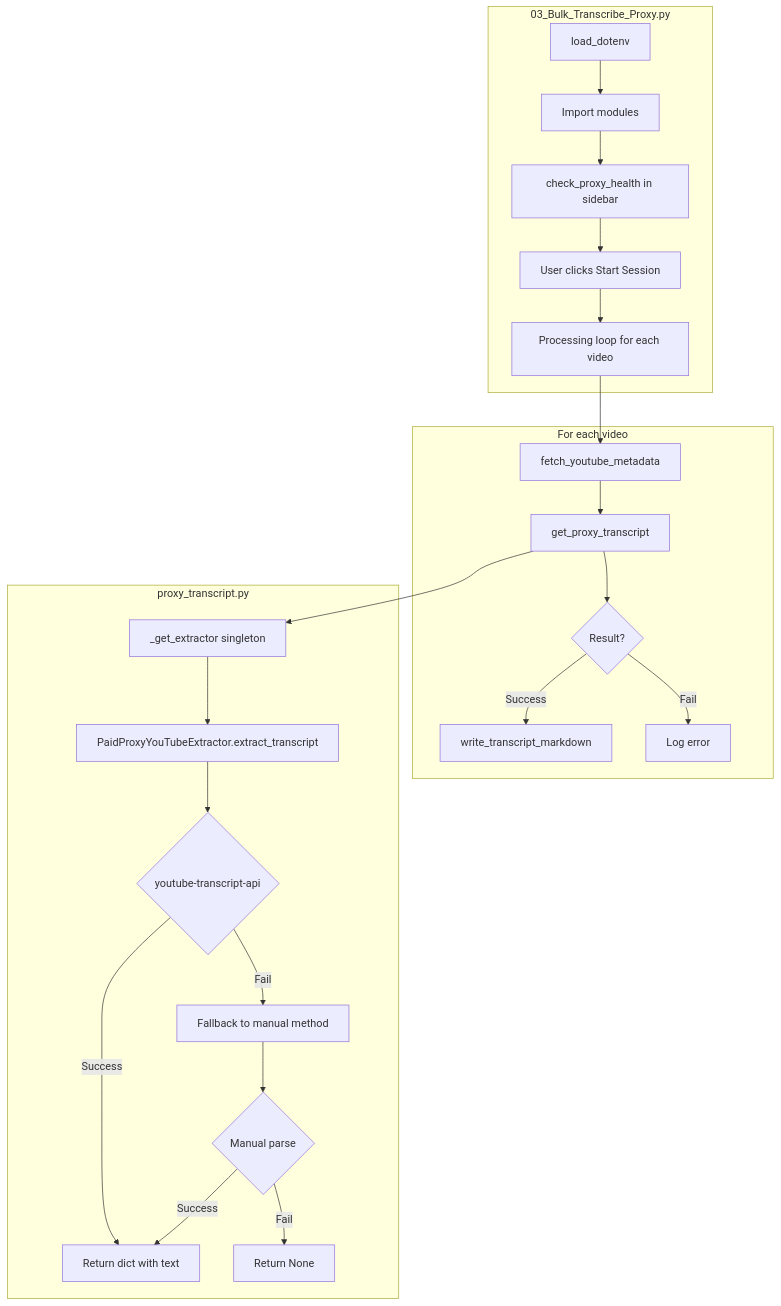
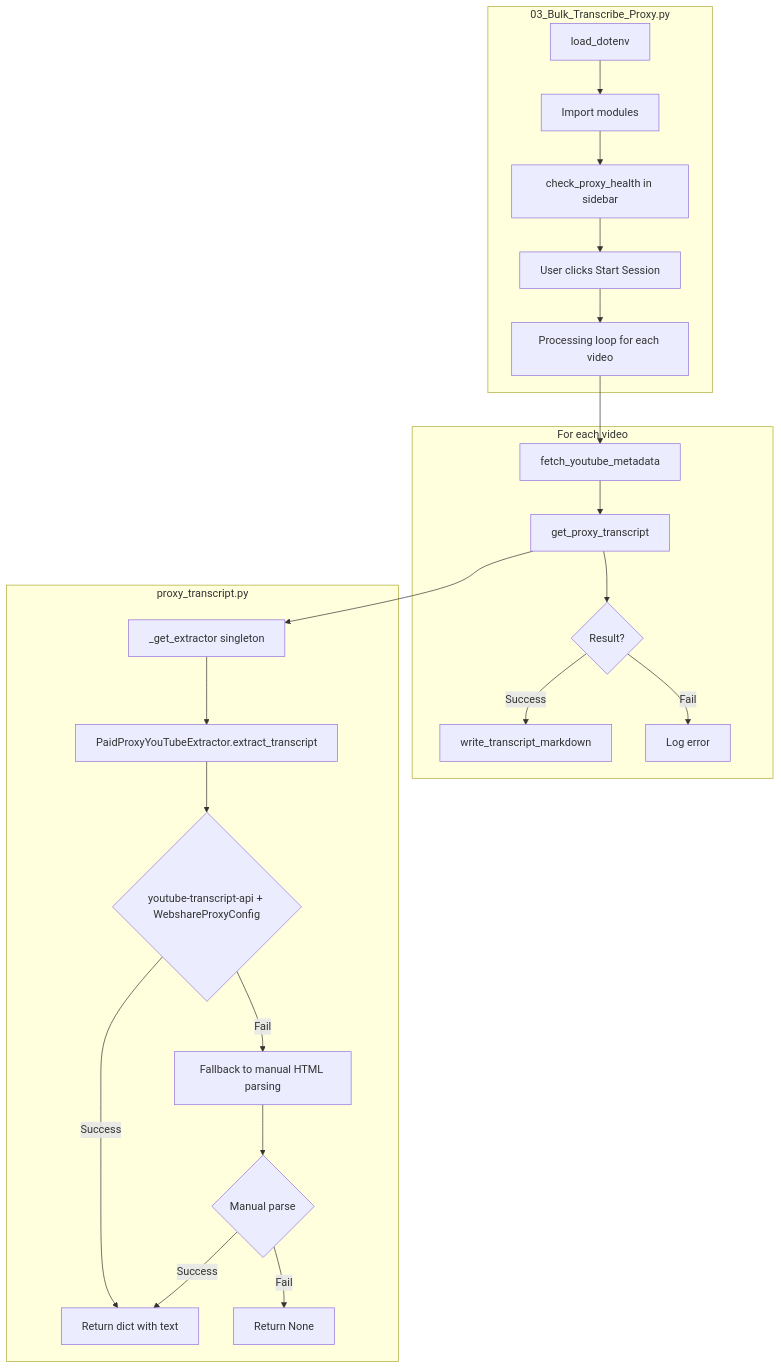
The first of 2 diagrams in tasks/20260124_172609_proxy_transcript_integration/artifacts/troubleshooting_diagnostic.md (zenprotheos/video_podcast_research), drawn with Mermaid before and after one commit. The commit also changed other lines of this file and 2 other files, not shown here.

````diff
--- a/tasks/20260124_172609_proxy_transcript_integration/artifacts/troubleshooting_diagnostic.md
+++ b/tasks/20260124_172609_proxy_transcript_integration/artifacts/troubleshooting_diagnostic.md
@@ -55,28 +45,28 @@
 ```mermaid
 flowchart TD
     subgraph StreamlitPage [03_Bulk_Transcribe_Proxy.py]
         A[load_dotenv] --> B[Import modules]
         B --> C[check_proxy_health in sidebar]
         C --> D[User clicks Start Session]
         D --> E[Processing loop for each video]
     end
     
     subgraph Processing [For each video]
         E --> F[fetch_youtube_metadata]
         F --> G[get_proxy_transcript]
         G --> H{Result?}
         H -->|Success| I[write_transcript_markdown]
         H -->|Fail| J[Log error]
     end
     
     subgraph ProxyTranscript [proxy_transcript.py]
         G --> K[_get_extractor singleton]
         K --> L[PaidProxyYouTubeExtractor.extract_transcript]
-        L --> M{youtube-transcript-api}
+        L --> M{youtube-transcript-api + WebshareProxyConfig}
         M -->|Success| N[Return dict with text]
-        M -->|Fail| O[Fallback to manual method]
+        M -->|Fail| O[Fallback to manual HTML parsing]
         O --> P{Manual parse}
         P -->|Success| N
         P -->|Fail| Q[Return None]
     end
 ```
````
